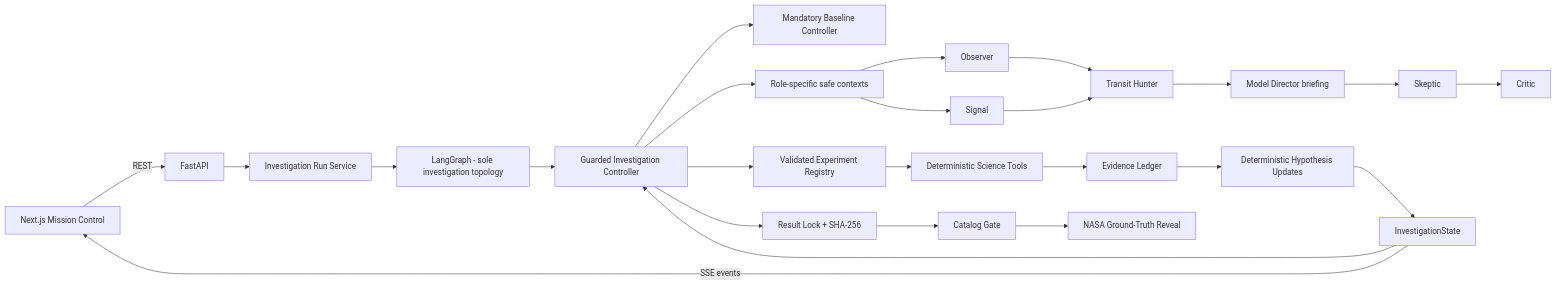
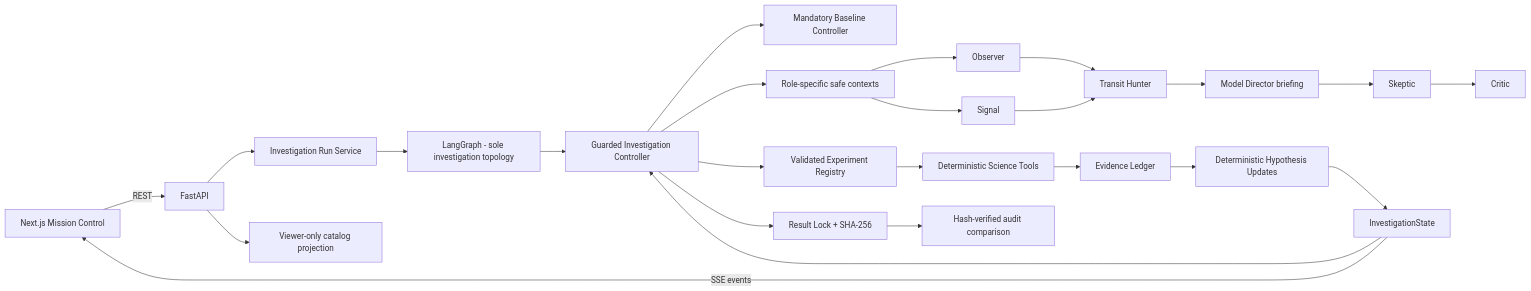
One commit to AzzouzAimen/exoswarm changed the first of 2 diagrams in docs/architecture.md. Above: the diagram before and after it, drawn with Mermaid. The commit also changed other lines of this file and 36 other files, not shown here.

````diff
--- a/docs/architecture.md
+++ b/docs/architecture.md
@@ -7,26 +7,26 @@
 ```mermaid
 flowchart LR
     UI[Next.js Mission Control] -->|REST| API[FastAPI]
     API --> RUNNER[Investigation Run Service]
     RUNNER --> GRAPH[LangGraph - sole investigation topology]
     GRAPH --> CTRL[Guarded Investigation Controller]
     CTRL --> BASE[Mandatory Baseline Controller]
     CTRL --> CTX[Role-specific safe contexts]
     CTX --> OBS[Observer]
     CTX --> SIG[Signal]
     OBS --> TH[Transit Hunter]
     SIG --> TH
     TH --> DIR[Model Director briefing]
     DIR --> SK[Skeptic]
     SK --> CR[Critic]
     CTRL --> REG[Validated Experiment Registry]
     REG --> SCI[Deterministic Science Tools]
     SCI --> LEDGER[Evidence Ledger]
     LEDGER --> HYP[Deterministic Hypothesis Updates]
     HYP --> STATE[InvestigationState]
     STATE --> CTRL
     STATE -->|SSE events| UI
     CTRL --> LOCK[Result Lock + SHA-256]
-    LOCK --> GATE[Catalog Gate]
-    GATE --> REVEAL[NASA Ground-Truth Reveal]
+    API --> VIEWER[Viewer-only catalog projection]
+    LOCK --> COMPARE[Hash-verified audit comparison]
 ```
````
